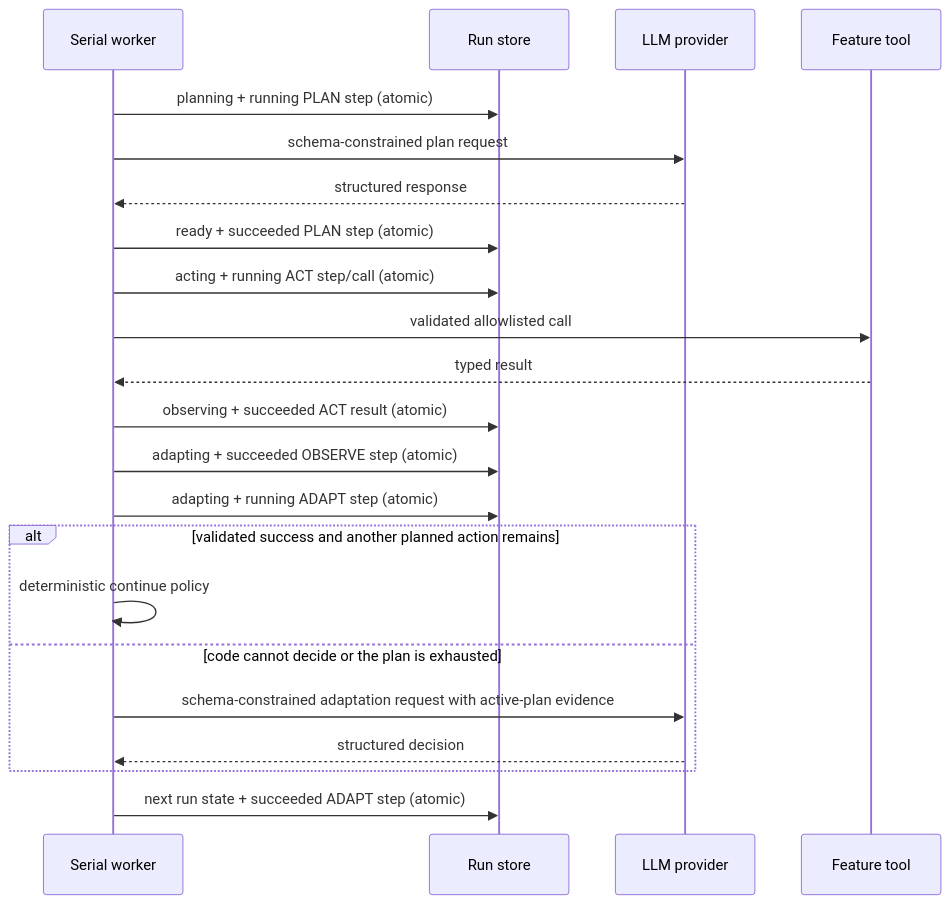
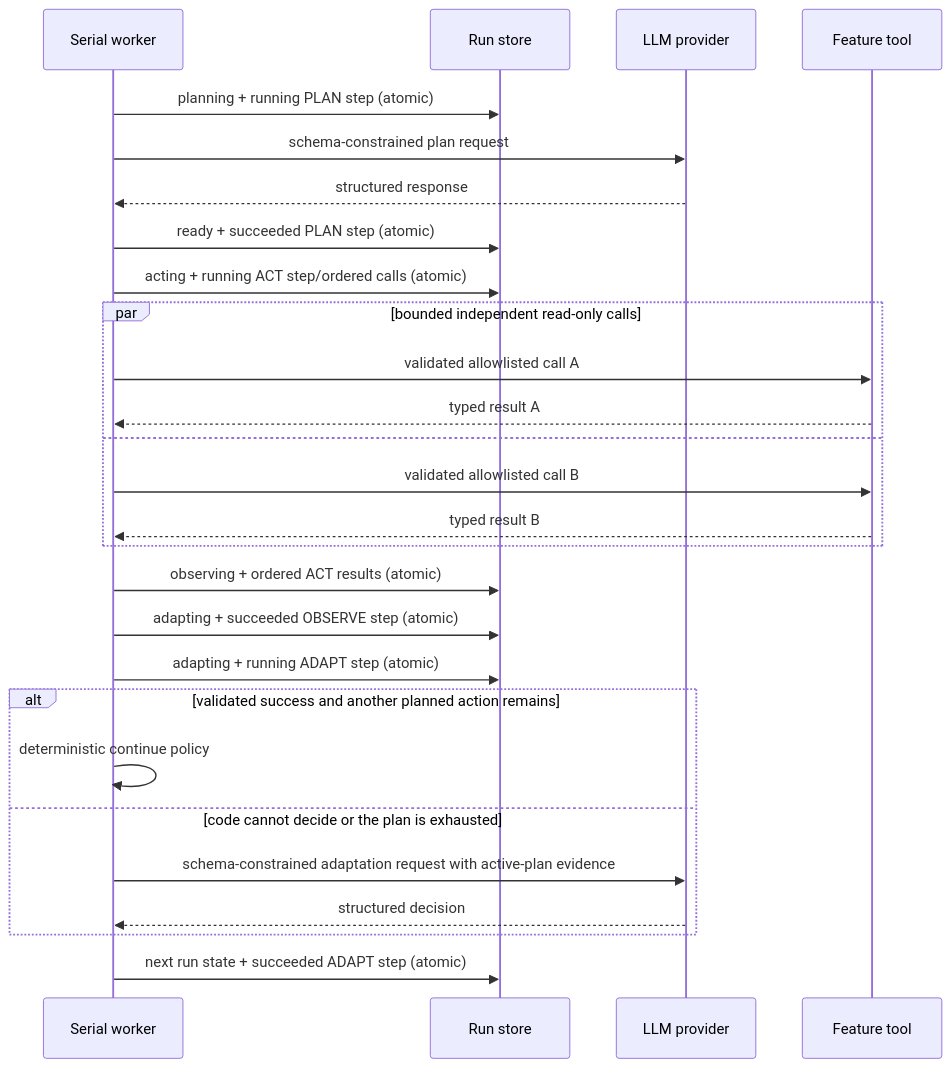
Before and after one commit to MattShelton04/41026ASDProject: the second of 2 diagrams in docs/architecture/agent-run-state-machine.md, drawn with Mermaid. The commit also changed other lines of this file and 26 other files, not shown here.

Commit message:
feat(agent-core): add parallel read-only stages

````diff
--- a/docs/architecture/agent-run-state-machine.md
+++ b/docs/architecture/agent-run-state-machine.md
@@ -89,27 +89,32 @@
 ```mermaid
 sequenceDiagram
     participant W as Serial worker
     participant S as Run store
     participant M as LLM provider
     participant T as Feature tool
 
     W->>S: planning + running PLAN step (atomic)
     W->>M: schema-constrained plan request
     M-->>W: structured response
     W->>S: ready + succeeded PLAN step (atomic)
 
-    W->>S: acting + running ACT step/call (atomic)
-    W->>T: validated allowlisted call
-    T-->>W: typed result
-    W->>S: observing + succeeded ACT result (atomic)
+    W->>S: acting + running ACT step/ordered calls (atomic)
+    par bounded independent read-only calls
+        W->>T: validated allowlisted call A
+        T-->>W: typed result A
+    and
+        W->>T: validated allowlisted call B
+        T-->>W: typed result B
+    end
+    W->>S: observing + ordered ACT results (atomic)
 
     W->>S: adapting + succeeded OBSERVE step (atomic)
     W->>S: adapting + running ADAPT step (atomic)
     alt validated success and another planned action remains
         W->>W: deterministic continue policy
     else code cannot decide or the plan is exhausted
         W->>M: schema-constrained adaptation request with active-plan evidence
         M-->>W: structured decision
     end
     W->>S: next run state + succeeded ADAPT step (atomic)
 ```
````
